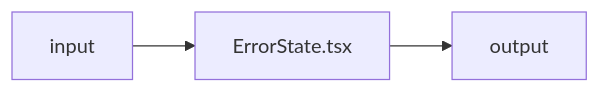
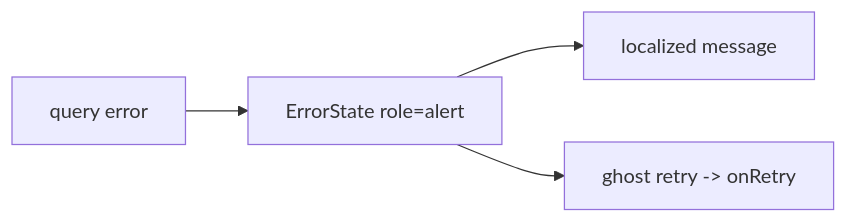
Before and after one commit to AzamatRaimbekov2/openCreate: the diagram in apps/web/src/shared/ui/ErrorState.tsx.md, drawn with Mermaid. The commit also changed other lines of this file and 51 other files, not shown here.

````diff
--- a/apps/web/src/shared/ui/ErrorState.tsx.md
+++ b/apps/web/src/shared/ui/ErrorState.tsx.md
@@ -19,4 +19,5 @@
 ```mermaid
 flowchart LR
-  IN[input] --> ErrorState[ErrorState.tsx] --> OUT[output]
+  Q[query error] --> ES[ErrorState role=alert] --> MSG[localized message]
+  ES --> RB[ghost retry -> onRetry]
 ```
````
